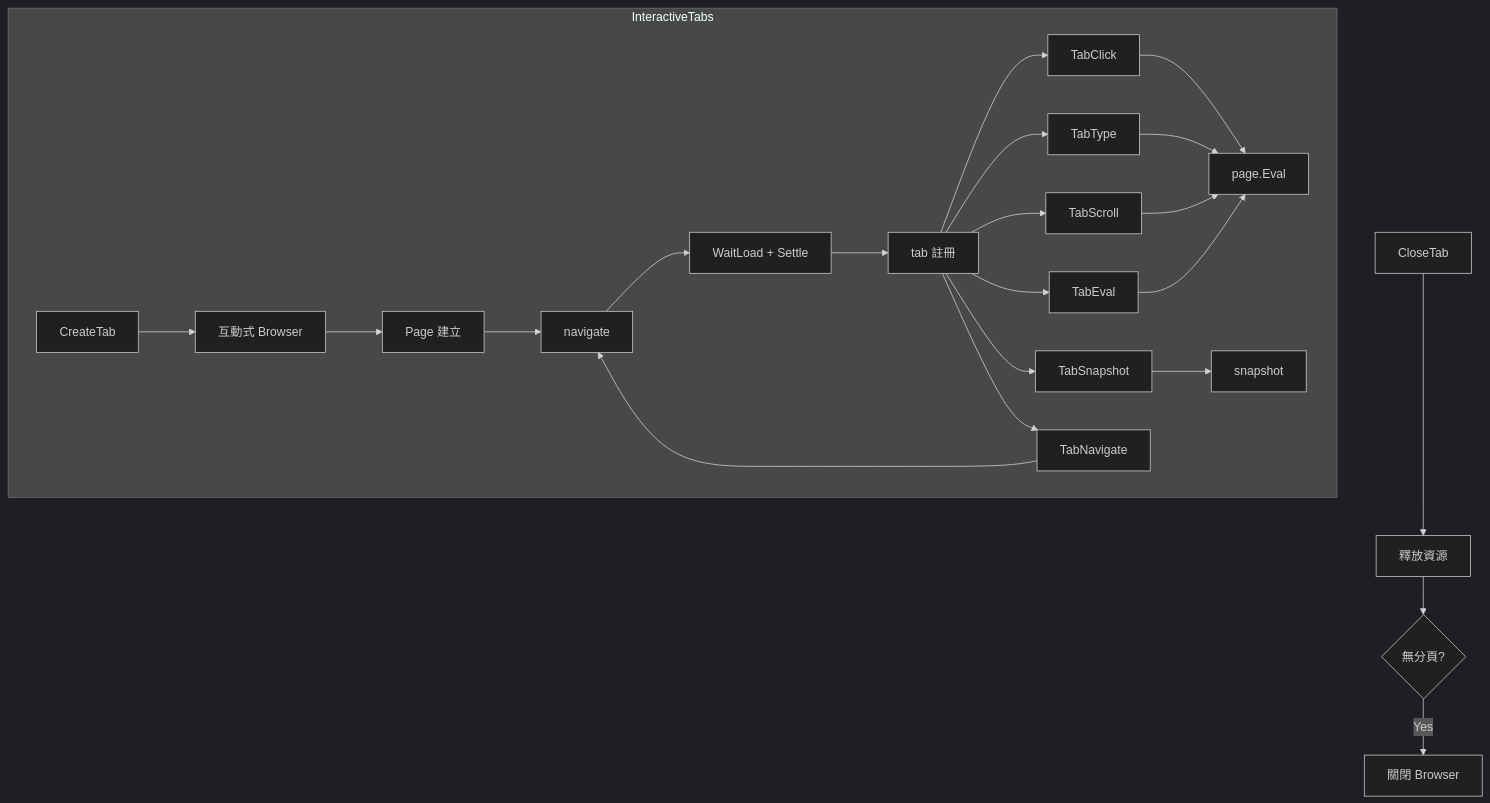
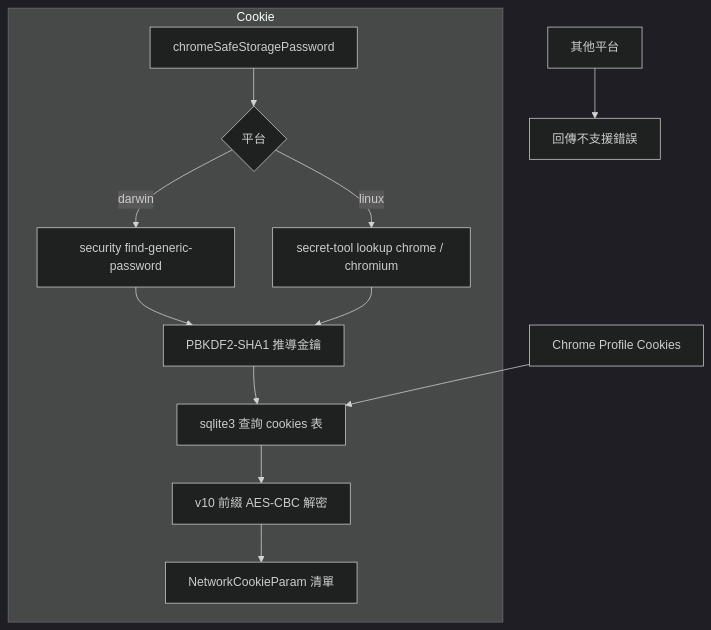
Before and after one commit to pardnchiu/go-browser: the fifth of 8 diagrams in doc/architecture.zh.md, drawn with Mermaid (dark theme). The commit also changed other lines of this file and 5 other files, not shown here.

````diff
--- a/doc/architecture.zh.md
+++ b/doc/architecture.zh.md
@@ -91,25 +116,15 @@
 ```mermaid
 graph TB
-    subgraph InteractiveTabs
-        A[CreateTab] --> B[互動式 Browser]
-        B --> C[Page 建立]
-        C --> D[navigate]
-        D --> E[WaitLoad + Settle]
-        E --> F[tab 註冊]
-        F --> G[TabClick]
-        F --> H[TabType]
-        F --> I[TabScroll]
-        F --> J[TabEval]
-        F --> K[TabSnapshot]
-        F --> L[TabNavigate]
-        G --> M[page.Eval]
-        H --> M
-        I --> M
-        J --> M
-        K --> N[snapshot]
-        L --> D
+    subgraph Cookie
+        A[chromeSafeStoragePassword] --> B{平台}
+        B -->|darwin| C[security find-generic-password]
+        B -->|linux| D[secret-tool lookup chrome / chromium]
+        C --> E[PBKDF2-SHA1 推導金鑰]
+        D --> E
+        E --> F[sqlite3 查詢 cookies 表]
+        F --> G[v10 前綴 AES-CBC 解密]
+        G --> H[NetworkCookieParam 清單]
     end
-    O[CloseTab] --> P[釋放資源]
-    P --> Q{無分頁?}
-    Q -->|Yes| R[關閉 Browser]
+    Profile[Chrome Profile Cookies] --> F
+    Other[其他平台] --> Unsupported[回傳不支援錯誤]
 ```
````
